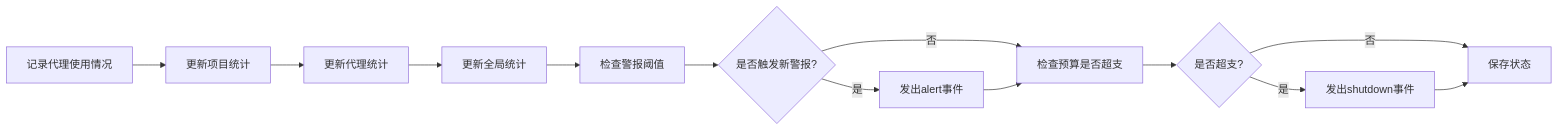
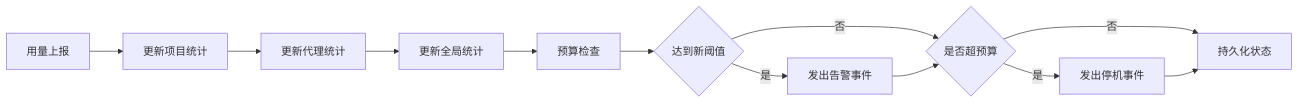
The fourth of 4 diagrams in public/loki-mode-docs/Policy Engine.md (nerdneilsfield/code-wiki-pages), drawn with Mermaid before and after one commit. The commit also changed other lines of this file and 399 other files, not shown here.

````diff
--- a/public/loki-mode-docs/Policy Engine.md
+++ b/public/loki-mode-docs/Policy Engine.md
@@ -175,15 +93,14 @@
 ```mermaid
-graph LR
-    A[记录代理使用情况] --> B[更新项目统计]
-    B --> C[更新代理统计]
-    C --> D[更新全局统计]
-    D --> E[检查警报阈值]
-    E --> F{是否触发新警报?}
-    F -->|是| G[发出alert事件]
-    F -->|否| H[检查预算是否超支]
-    G --> H
-    H --> I{是否超支?}
-    I -->|是| J[发出shutdown事件]
-    I -->|否| K[保存状态]
-    J --> K
+flowchart LR
+    U[用量上报] --> P1[更新项目统计]
+    P1 --> P2[更新代理统计]
+    P2 --> P3[更新全局统计]
+    P3 --> B[预算检查]
+    B --> T{达到新阈值}
+    T -->|是| AL[发出告警事件]
+    T -->|否| EX
+    AL --> EX{是否超预算}
+    EX -->|是| SD[发出停机事件]
+    EX -->|否| SAVE
+    SD --> SAVE[持久化状态]
 ```
````
